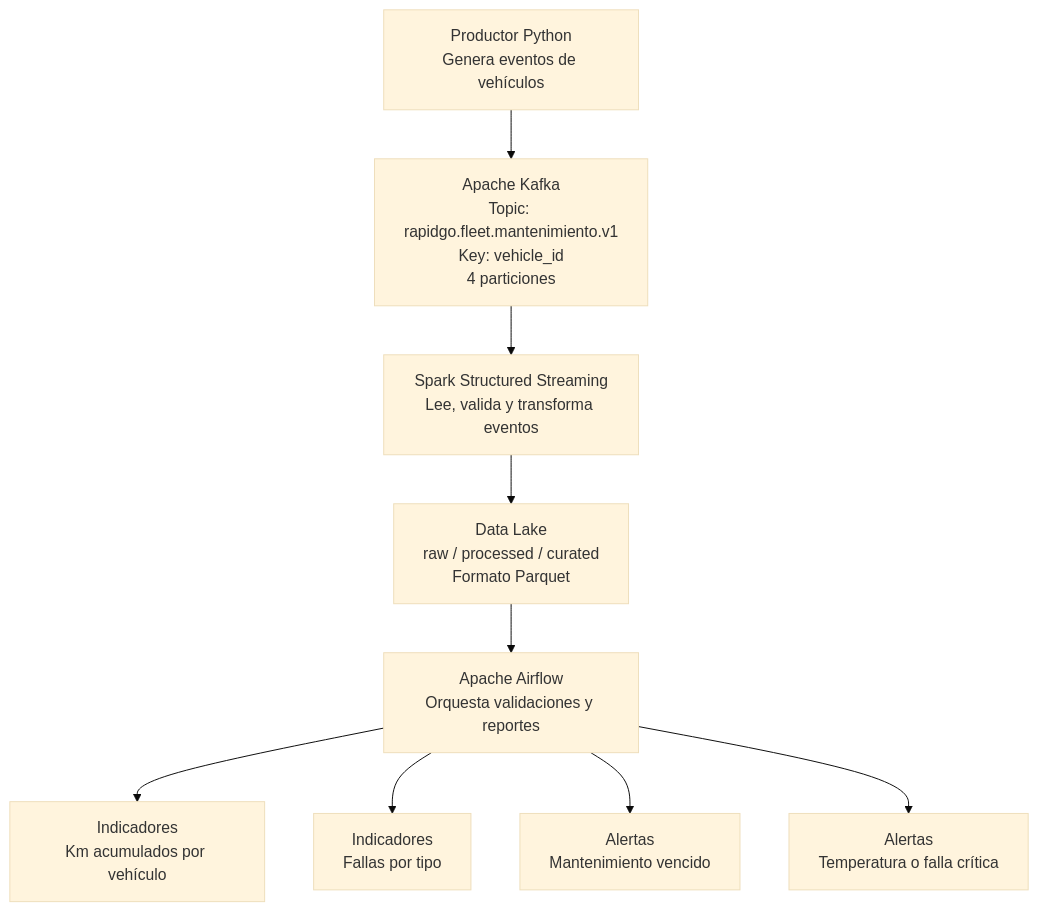
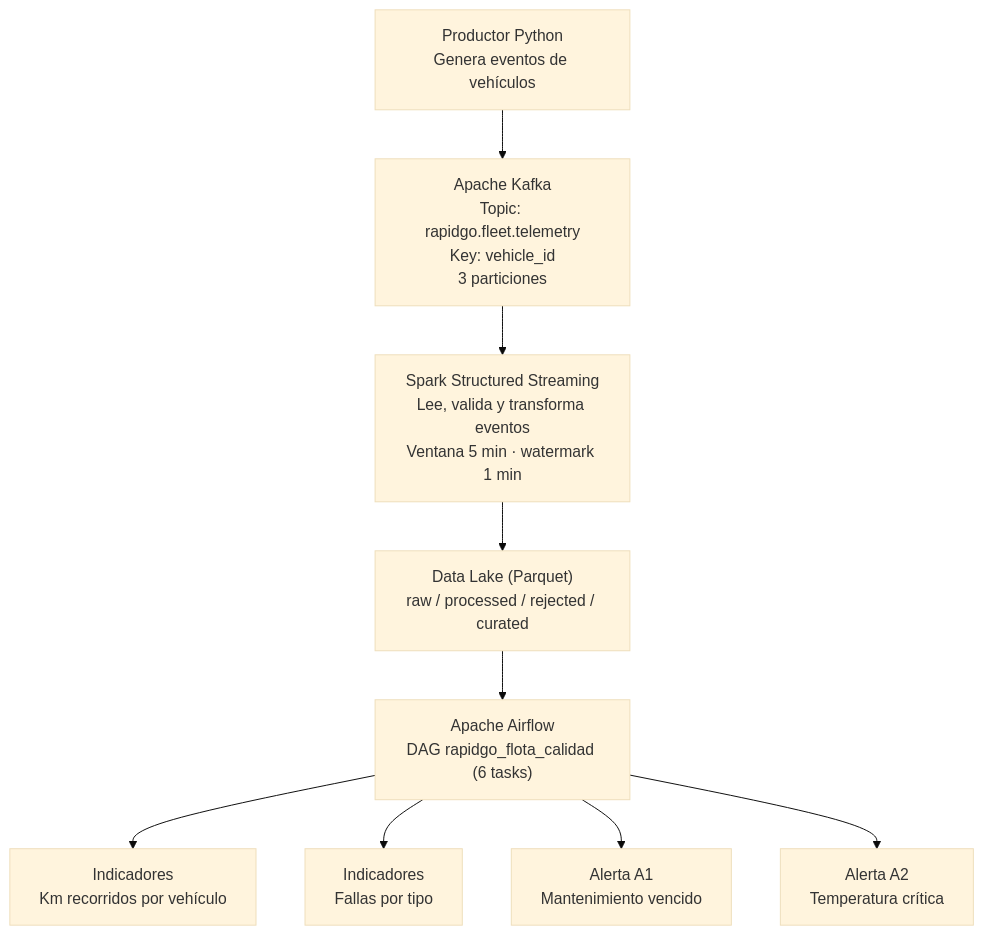
One commit to SorathDem/RapidGo changed the diagram in docs/arquitectura.md. Above: the diagram before and after it, drawn with Mermaid (base theme). The commit also changed other lines of this file and 2 other files, not shown here.

````diff
--- a/docs/arquitectura.md
+++ b/docs/arquitectura.md
@@ -10,21 +14,21 @@
 ```mermaid
 flowchart TD
     A["Productor Python<br/>Genera eventos de vehículos"]
-    B["Apache Kafka<br/>Topic: rapidgo.fleet.mantenimiento.v1<br/>Key: vehicle_id<br/>4 particiones"]
-    C["Spark Structured Streaming<br/>Lee, valida y transforma eventos"]
-    D["Data Lake<br/>raw / processed / curated<br/>Formato Parquet"]
-    E["Apache Airflow<br/>Orquesta validaciones y reportes"]
-    F["Indicadores<br/>Km acumulados por vehículo"]
+    B["Apache Kafka<br/>Topic: rapidgo.fleet.telemetry<br/>Key: vehicle_id<br/>3 particiones"]
+    C["Spark Structured Streaming<br/>Lee, valida y transforma eventos<br/>Ventana 5 min · watermark 1 min"]
+    D["Data Lake (Parquet)<br/>raw / processed / rejected / curated"]
+    E["Apache Airflow<br/>DAG rapidgo_flota_calidad (6 tasks)"]
+    F["Indicadores<br/>Km recorridos por vehículo"]
     G["Indicadores<br/>Fallas por tipo"]
-    H["Alertas<br/>Mantenimiento vencido"]
-    I["Alertas<br/>Temperatura o falla crítica"]
+    H["Alerta A1<br/>Mantenimiento vencido"]
+    I["Alerta A2<br/>Temperatura crítica"]
 
     A --> B
     B --> C
     C --> D
     D --> E
     E --> F
     E --> G
     E --> H
     E --> I
 ```
````
